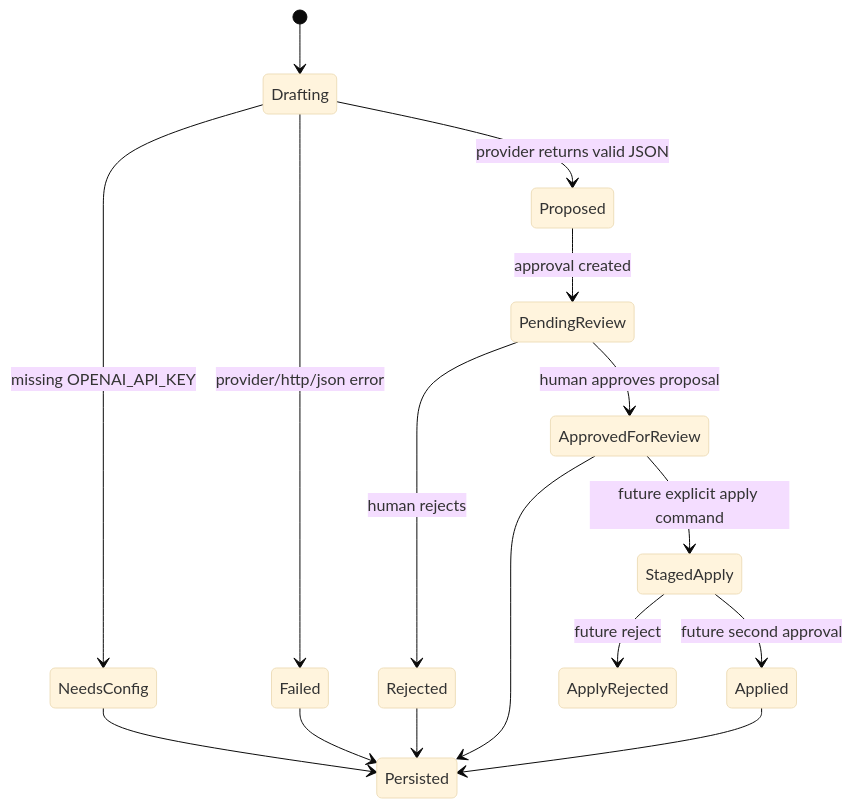
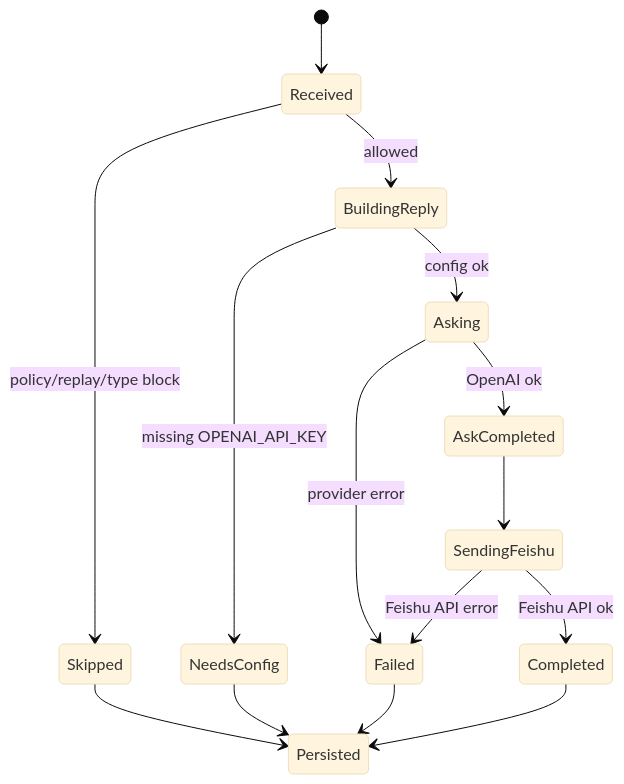
One commit to mayf3/myclaw changed the sixth of 9 diagrams in docs/implementation-architecture.md. Above: the diagram before and after it, drawn with Mermaid (base theme). The commit also changed other lines of this file and 30 other files, not shown here.

Commit message:
feat: link feishu llm replies to ask runs

````diff
--- a/docs/implementation-architecture.md
+++ b/docs/implementation-architecture.md
@@ -179,18 +181,17 @@
 ```mermaid
 stateDiagram-v2
-  [*] --> Drafting
-  Drafting --> NeedsConfig: missing OPENAI_API_KEY
-  Drafting --> Proposed: provider returns valid JSON
-  Drafting --> Failed: provider/http/json error
-  Proposed --> PendingReview: approval created
-  PendingReview --> Rejected: human rejects
-  PendingReview --> ApprovedForReview: human approves proposal
-  ApprovedForReview --> StagedApply: future explicit apply command
-  StagedApply --> Applied: future second approval
-  StagedApply --> ApplyRejected: future reject
+  [*] --> Received
+  Received --> Skipped: policy/replay/type block
+  Received --> BuildingReply: allowed
+  BuildingReply --> NeedsConfig: missing OPENAI_API_KEY
+  BuildingReply --> Asking: config ok
+  Asking --> AskCompleted: OpenAI ok
+  Asking --> Failed: provider error
+  AskCompleted --> SendingFeishu
+  SendingFeishu --> Completed: Feishu API ok
+  SendingFeishu --> Failed: Feishu API error
+  Skipped --> Persisted
   NeedsConfig --> Persisted
   Failed --> Persisted
-  Rejected --> Persisted
-  ApprovedForReview --> Persisted
-  Applied --> Persisted
+  Completed --> Persisted
 ```
````
